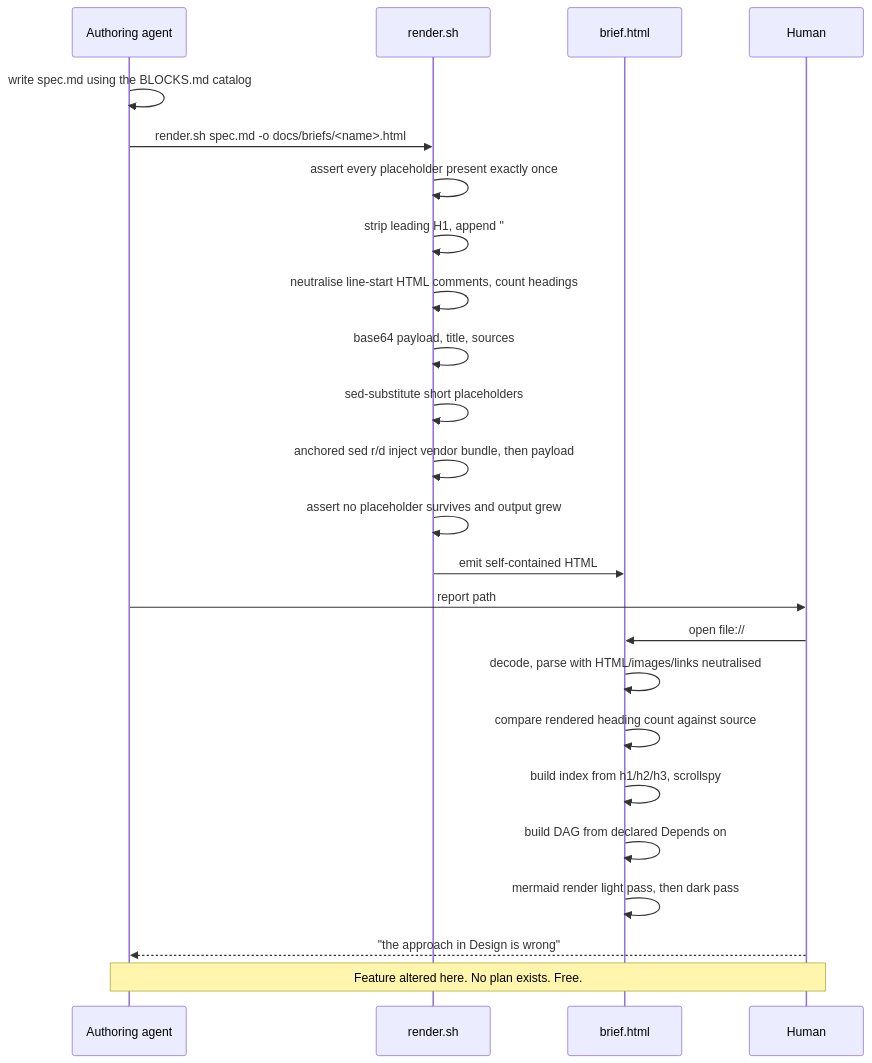
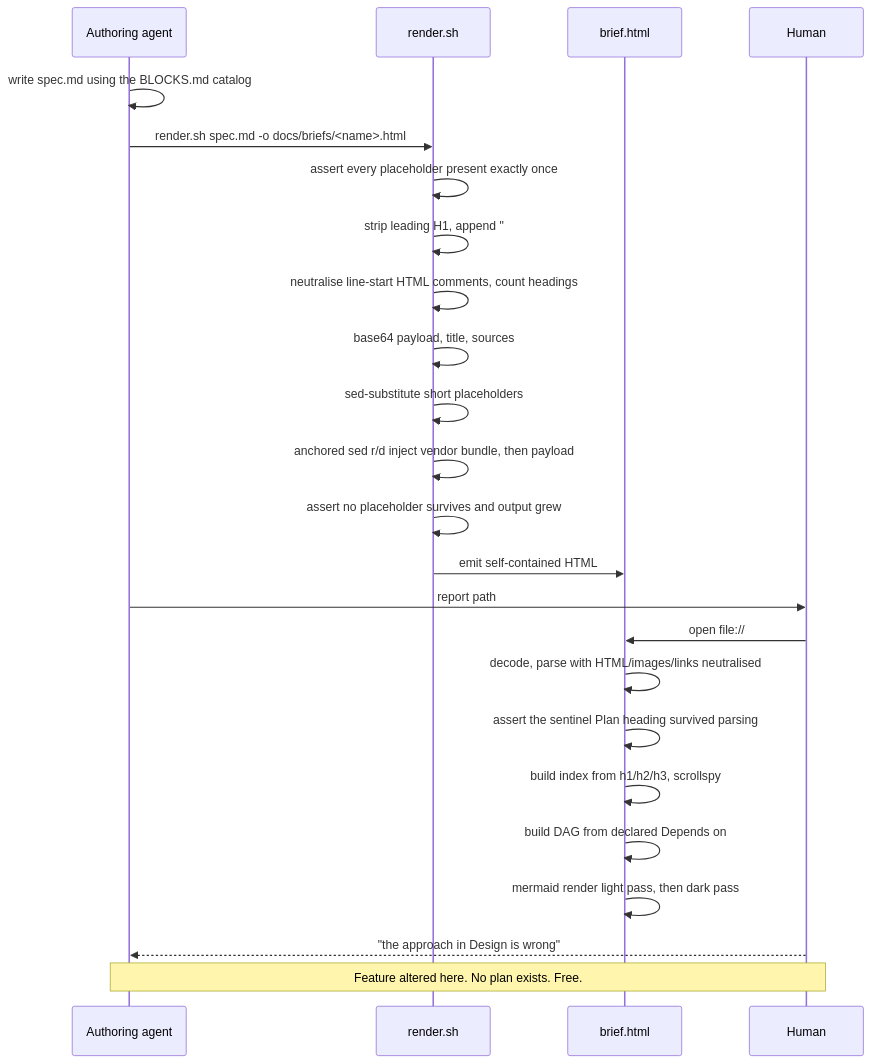
Before and after one commit to fbac/umbrella: the third of 3 diagrams in docs/specs/2026-07-27-visual-change-briefs-design.md, drawn with Mermaid. The commit also changed other lines of this file, not shown here.

First line of the commit message:
docs: nest tasks by plan region; freeze spec with open findings

````diff
--- a/docs/specs/2026-07-27-visual-change-briefs-design.md
+++ b/docs/specs/2026-07-27-visual-change-briefs-design.md
@@ -151,27 +151,27 @@
 ```mermaid
 sequenceDiagram
   participant A as Authoring agent
   participant R as render.sh
   participant F as brief.html
   participant H as Human
 
   A->>A: write spec.md using the BLOCKS.md catalog
   A->>R: render.sh spec.md -o docs/briefs/<name>.html
   R->>R: assert every placeholder present exactly once
   R->>R: strip leading H1, append "## Plan" + body or pending callout
   R->>R: neutralise line-start HTML comments, count headings
   R->>R: base64 payload, title, sources
   R->>R: sed-substitute short placeholders
   R->>R: anchored sed r/d inject vendor bundle, then payload
   R->>R: assert no placeholder survives and output grew
   R->>F: emit self-contained HTML
   A->>H: report path
   H->>F: open file://
   F->>F: decode, parse with HTML/images/links neutralised
-  F->>F: compare rendered heading count against source
+  F->>F: assert the sentinel Plan heading survived parsing
   F->>F: build index from h1/h2/h3, scrollspy
   F->>F: build DAG from declared Depends on
   F->>F: mermaid render light pass, then dark pass
   H-->>A: "the approach in Design is wrong"
   Note over H,A: Feature altered here. No plan exists. Free.
 ```
````
